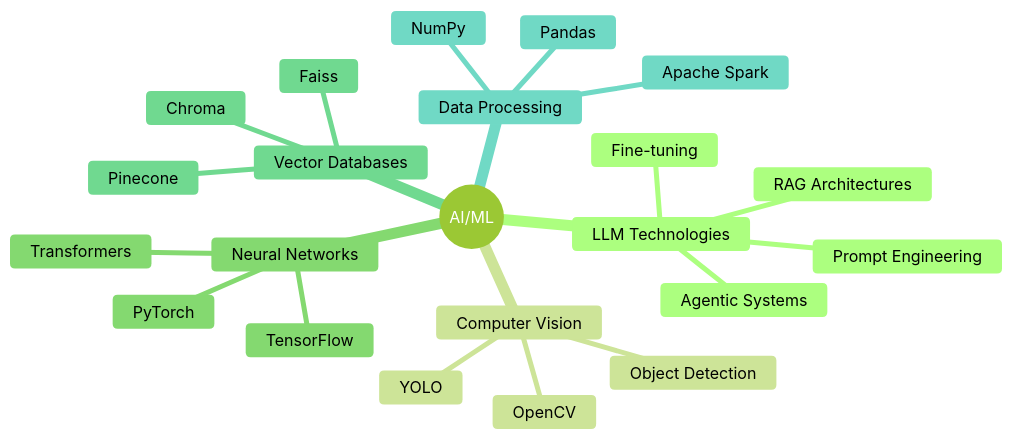
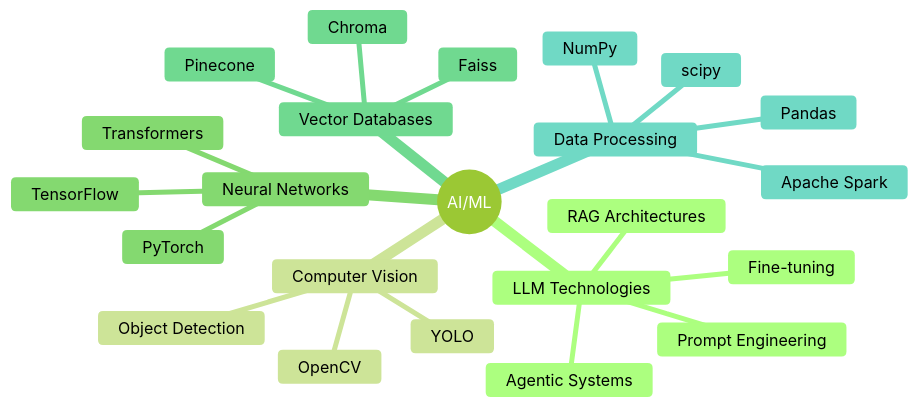
One commit to Sa1f27/Sa1f27 changed the diagram in README.md. Above: the diagram before and after it, drawn with Mermaid (forest theme).

````diff
--- a/README.md
+++ b/README.md
@@ -37,25 +37,26 @@
   ```mermaid
   mindmap
     root((AI/ML))
       LLM Technologies
         RAG Architectures
         Fine-tuning
         Prompt Engineering
         Agentic Systems
       Computer Vision
         Object Detection
         YOLO
         OpenCV
       Neural Networks
         TensorFlow
         PyTorch
         Transformers
       Vector Databases
         Pinecone
         Chroma
         Faiss
       Data Processing
         Pandas
+        scipy
         NumPy
         Apache Spark
   ```
````
